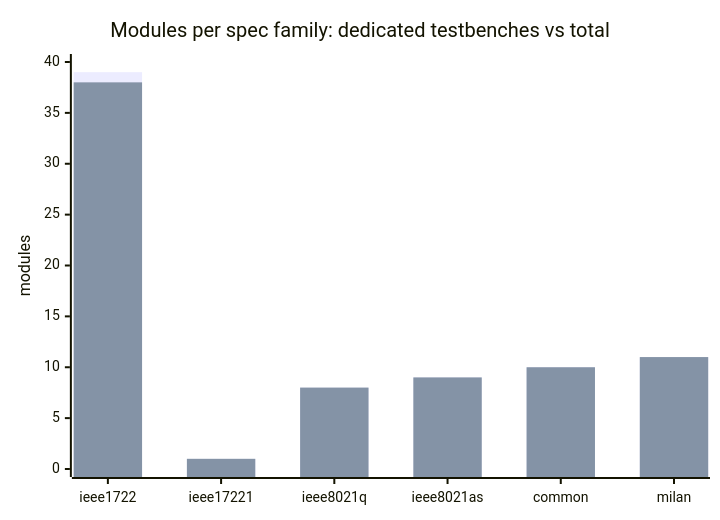
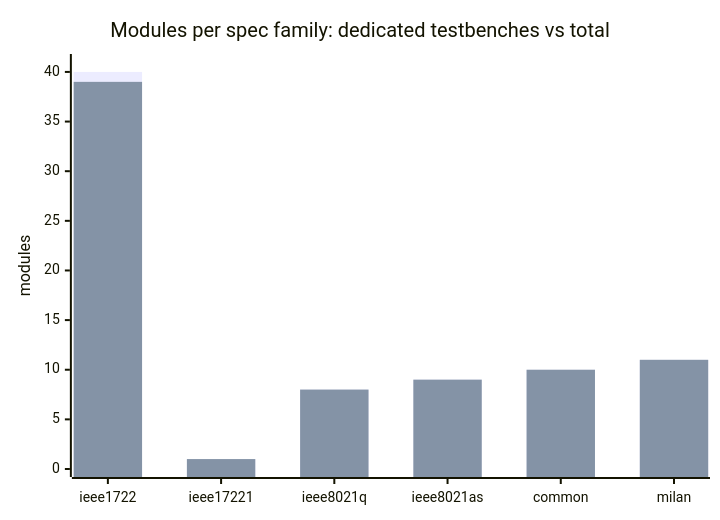
Before and after one commit to kebag-logic/milan-fpga: the diagram in docs/traceability/MODULE_MATRIX.md, drawn with Mermaid. The commit also changed other lines of this file and 13 other files, not shown here.

````diff
--- a/docs/traceability/MODULE_MATRIX.md
+++ b/docs/traceability/MODULE_MATRIX.md
@@ -30,8 +30,8 @@
 ```mermaid
 xychart-beta
     title "Modules per spec family: dedicated testbenches vs total"
     x-axis ["ieee1722", "ieee17221", "ieee8021q", "ieee8021as", "common", "milan"]
-    y-axis "modules" 0 --> 40
+    y-axis "modules" 0 --> 41
+    bar [40, 1, 8, 9, 10, 11]
     bar [39, 1, 8, 9, 10, 11]
-    bar [38, 1, 8, 9, 10, 11]
 ```
````
